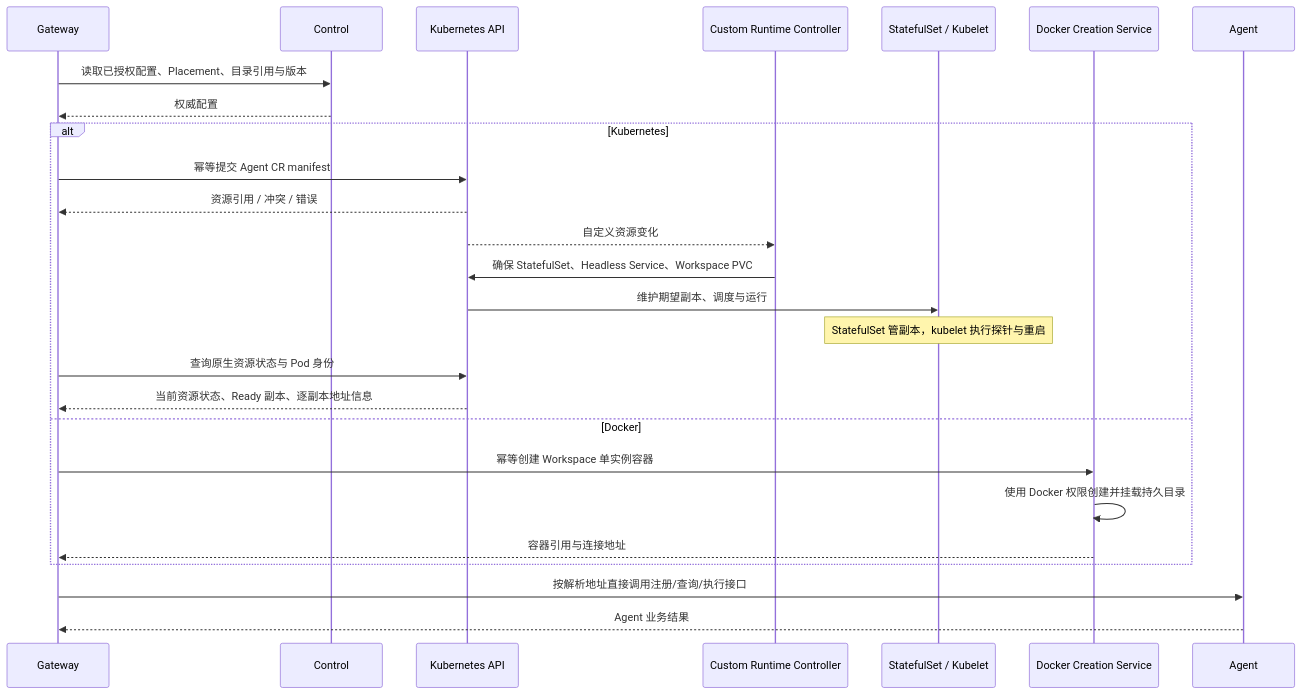
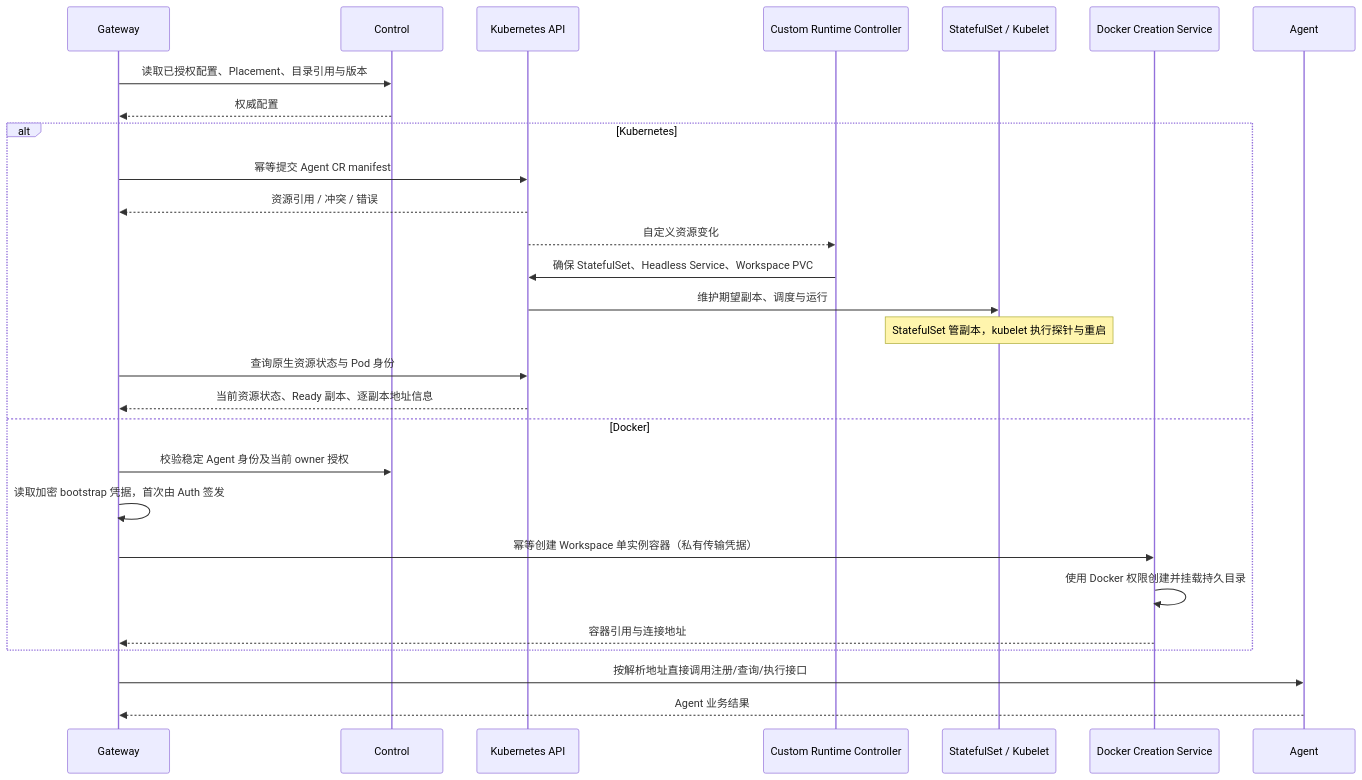
The diagram in docs/ddd/media_agent_gateway/workflow/0009-agent_workload_provisioning/agent_workload_provisioning.md (hotttao/media_agent), drawn with Mermaid before and after one commit. The commit also changed other lines of this file and 66 other files, not shown here.

Commit message:
feat(agent): make Docker workspace creation and session startup usable

````diff
--- a/docs/ddd/media_agent_gateway/workflow/0009-agent_workload_provisioning/agent_workload_provisioning.md
+++ b/docs/ddd/media_agent_gateway/workflow/0009-agent_workload_provisioning/agent_workload_provisioning.md
@@ -24,28 +24,30 @@
 ```mermaid
 sequenceDiagram
     participant G as Gateway
     participant C as Control
     participant K as Kubernetes API
     participant R as Custom Runtime Controller
     participant S as StatefulSet / Kubelet
     participant D as Docker Creation Service
     participant A as Agent
     G->>C: 读取已授权配置、Placement、目录引用与版本
     C-->>G: 权威配置
     alt Kubernetes
         G->>K: 幂等提交 Agent CR manifest
         K-->>G: 资源引用 / 冲突 / 错误
         K-->>R: 自定义资源变化
         R->>K: 确保 StatefulSet、Headless Service、Workspace PVC
         K->>S: 维护期望副本、调度与运行
         Note over S: StatefulSet 管副本，kubelet 执行探针与重启
         G->>K: 查询原生资源状态与 Pod 身份
         K-->>G: 当前资源状态、Ready 副本、逐副本地址信息
     else Docker
-        G->>D: 幂等创建 Workspace 单实例容器
+        G->>C: 校验稳定 Agent 身份及当前 owner 授权
+        G->>G: 读取加密 bootstrap 凭据，首次由 Auth 签发
+        G->>D: 幂等创建 Workspace 单实例容器（私有传输凭据）
         D->>D: 使用 Docker 权限创建并挂载持久目录
         D-->>G: 容器引用与连接地址
     end
     G->>A: 按解析地址直接调用注册/查询/执行接口
     A-->>G: Agent 业务结果
 ```
````
